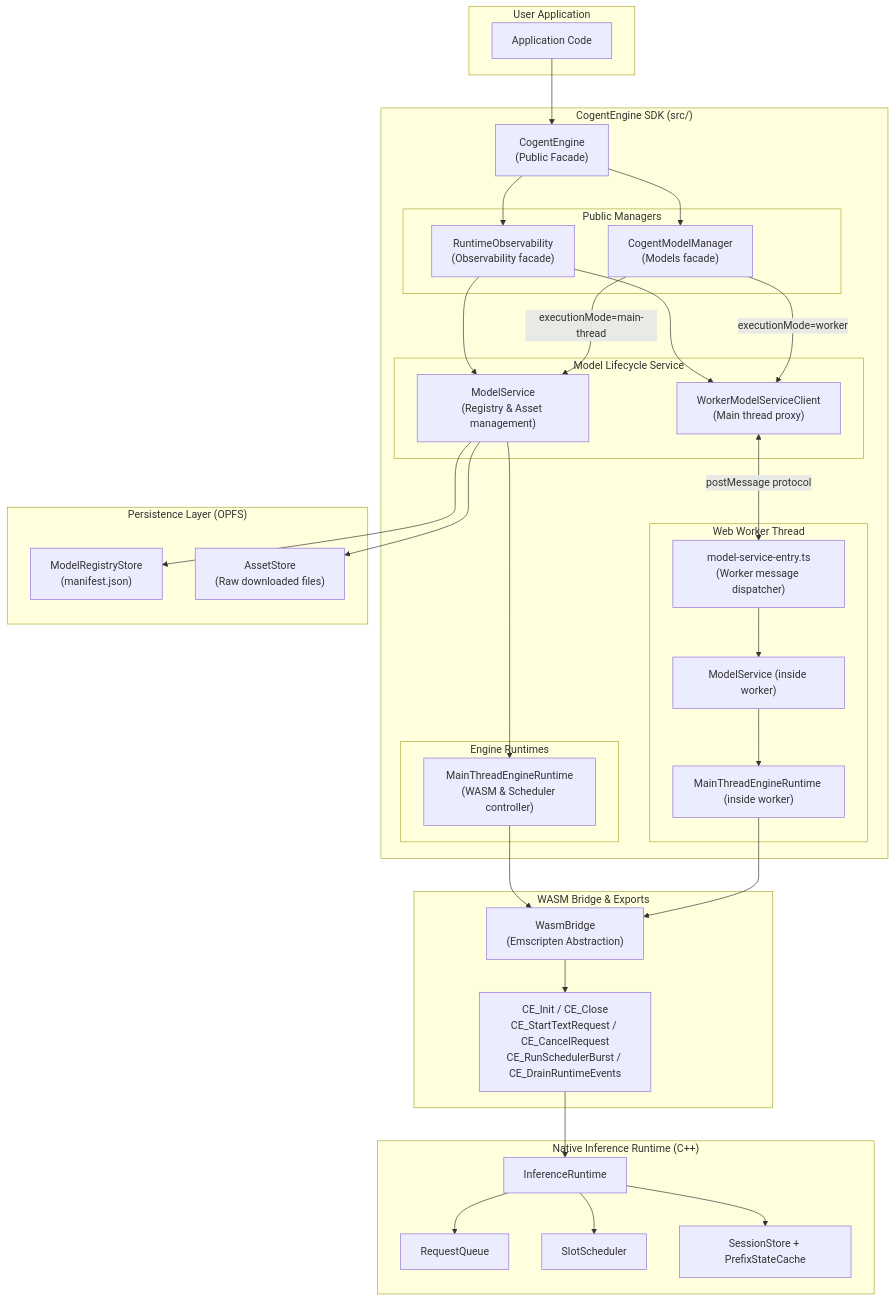
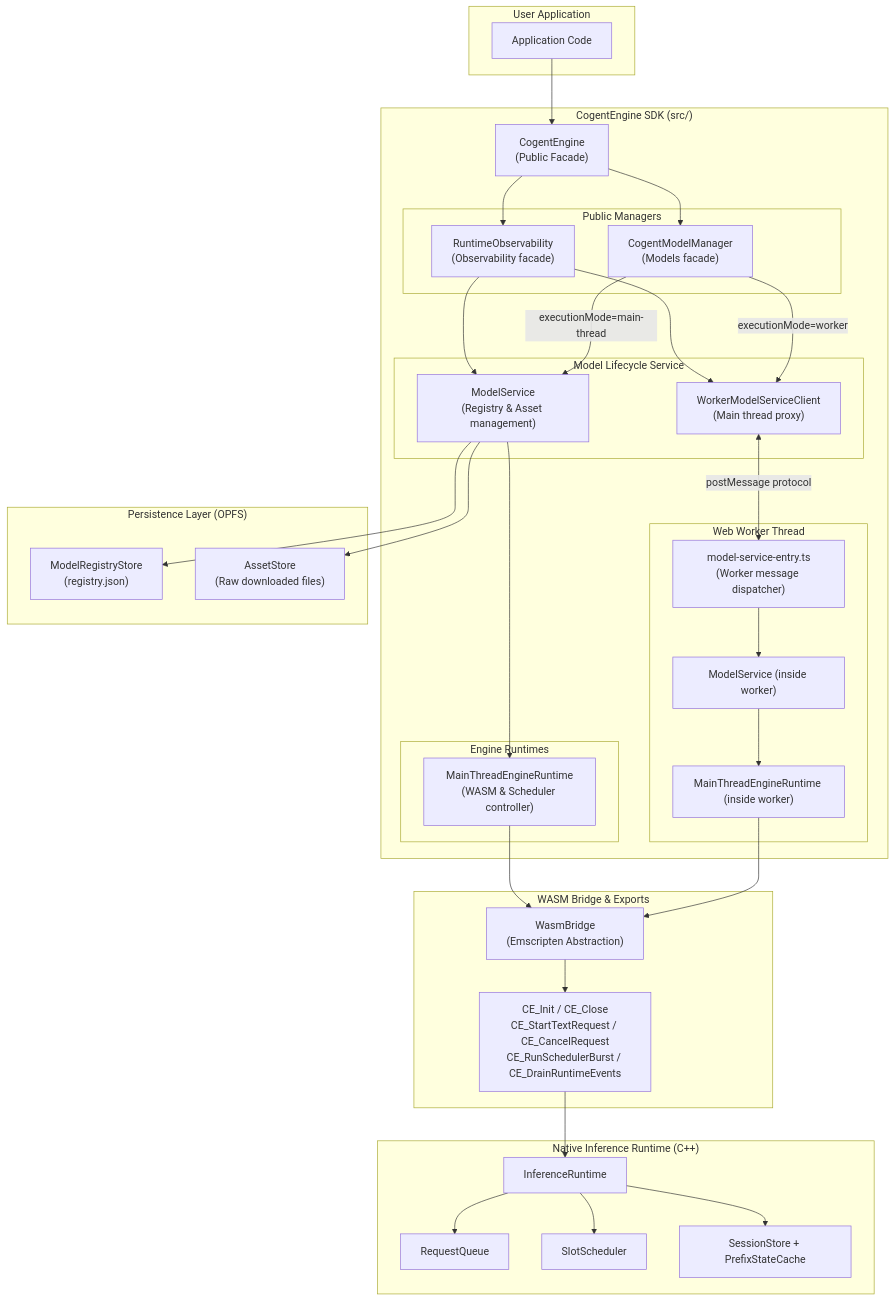
One commit to noumena-labs/Sipp changed the first of 6 diagrams in packages/cogent-engine/docs/inference_system_design.md. Above: the diagram before and after it, drawn with Mermaid. The commit also changed other lines of this file and 9 other files, not shown here.

````diff
--- a/packages/cogent-engine/docs/inference_system_design.md
+++ b/packages/cogent-engine/docs/inference_system_design.md
@@ -13,72 +13,72 @@
 ```mermaid
 graph TD
     subgraph UserSpace ["User Application"]
         App["Application Code"]
     end
 
     subgraph SDK ["CogentEngine SDK (src/)"]
         CE["CogentEngine<br/>(Public Facade)"]
         
         subgraph Managers ["Public Managers"]
             MM["CogentModelManager<br/>(Models facade)"]
             OM["RuntimeObservability<br/>(Observability facade)"]
         end
 
         subgraph ServiceLayer ["Model Lifecycle Service"]
             WorkerClient["WorkerModelServiceClient<br/>(Main thread proxy)"]
             Service["ModelService<br/>(Registry & Asset management)"]
         end
 
         subgraph CoreRuntimes ["Engine Runtimes"]
             MainRT["MainThreadEngineRuntime<br/>(WASM & Scheduler controller)"]
         end
 
         subgraph WorkerThread ["Web Worker Thread"]
             Entry["model-service-entry.ts<br/>(Worker message dispatcher)"]
             WorkerService["ModelService (inside worker)"]
             InnerMain["MainThreadEngineRuntime (inside worker)"]
         end
     end
 
     subgraph Persistence ["Persistence Layer (OPFS)"]
-        Registry["ModelRegistryStore<br/>(manifest.json)"]
+        Registry["ModelRegistryStore<br/>(registry.json)"]
         Assets["AssetStore<br/>(Raw downloaded files)"]
     end
 
     subgraph NativeBridge ["WASM Bridge & Exports"]
         Bridge["WasmBridge<br/>(Emscripten Abstraction)"]
         WasmExports["CE_Init / CE_Close<br/>CE_StartTextRequest / CE_CancelRequest<br/>CE_RunSchedulerBurst / CE_DrainRuntimeEvents"]
     end
 
     subgraph Native ["Native Inference Runtime (C++)"]
         IR["InferenceRuntime"]
         RQ["RequestQueue"]
         SlotSched["SlotScheduler"]
         Session["SessionStore + PrefixStateCache"]
     end
 
     App --> CE
     CE --> MM
     CE --> OM
     MM --> |executionMode=worker| WorkerClient
     MM --> |executionMode=main-thread| Service
     OM --> WorkerClient
     OM --> Service
 
     WorkerClient <--> |"postMessage protocol"| Entry
     Entry --> WorkerService
     WorkerService --> InnerMain
     
     Service --> Registry
     Service --> Assets
     Service --> MainRT
 
     InnerMain --> Bridge
     MainRT --> Bridge
     Bridge --> WasmExports
 
     WasmExports --> IR
     IR --> RQ
     IR --> SlotSched
     IR --> Session
 ```
````
